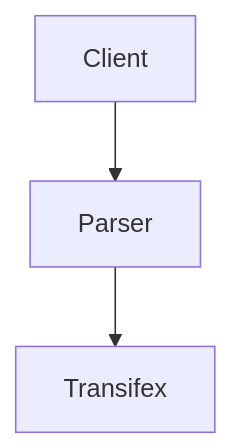
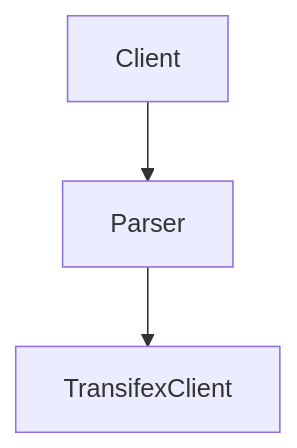
One commit to karampitsos/transifex_interview changed the diagram in README.md. Above: the diagram before and after it, drawn with Mermaid. The commit also changed other lines of this file, not shown here.

````diff
--- a/README.md
+++ b/README.md
@@ -12,5 +9,5 @@
 ```mermaid
 graph TD;
 Client-->Parser;
-Parser-->Transifex;
+Parser-->TransifexClient;
 ```
````
